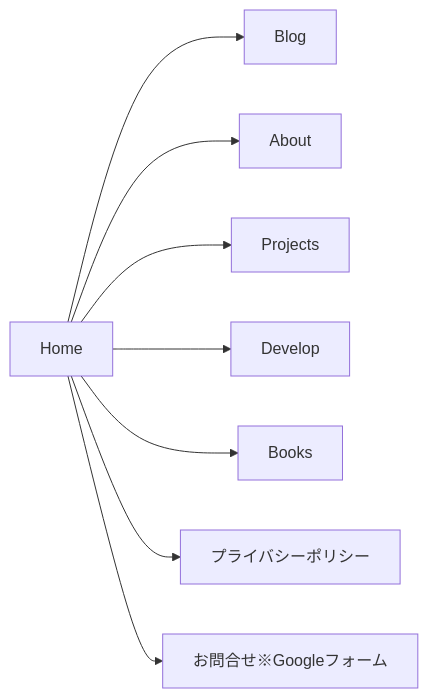
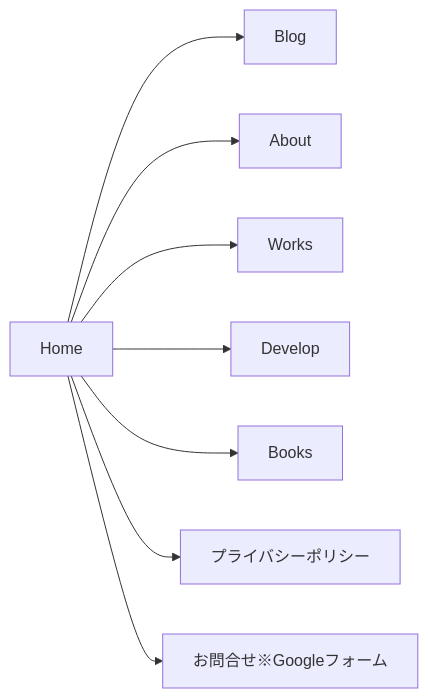
The second of 2 diagrams in README.md (morimorig3/my-site-v3), drawn with Mermaid before and after one commit. The commit also changed other lines of this file and 38 other files, not shown here.

````diff
--- a/README.md
+++ b/README.md
@@ -94,11 +94,11 @@
 ```mermaid
 graph LR
 
 Home-->Blog
 Home-->About
-Home-->Projects
+Home-->Works
 Home-->Develop
 Home-->Books
 Home-->プライバシーポリシー
 Home-->お問合せ["お問合せ※Googleフォーム"]
 ```
````
